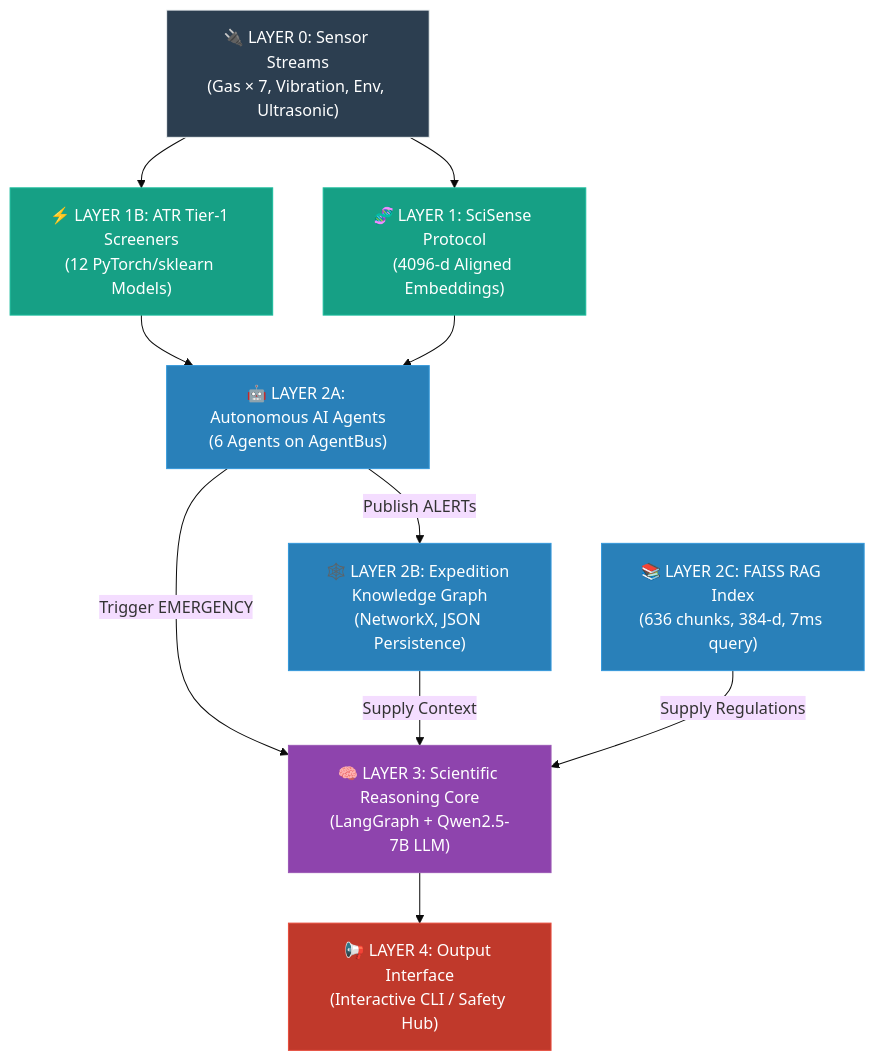
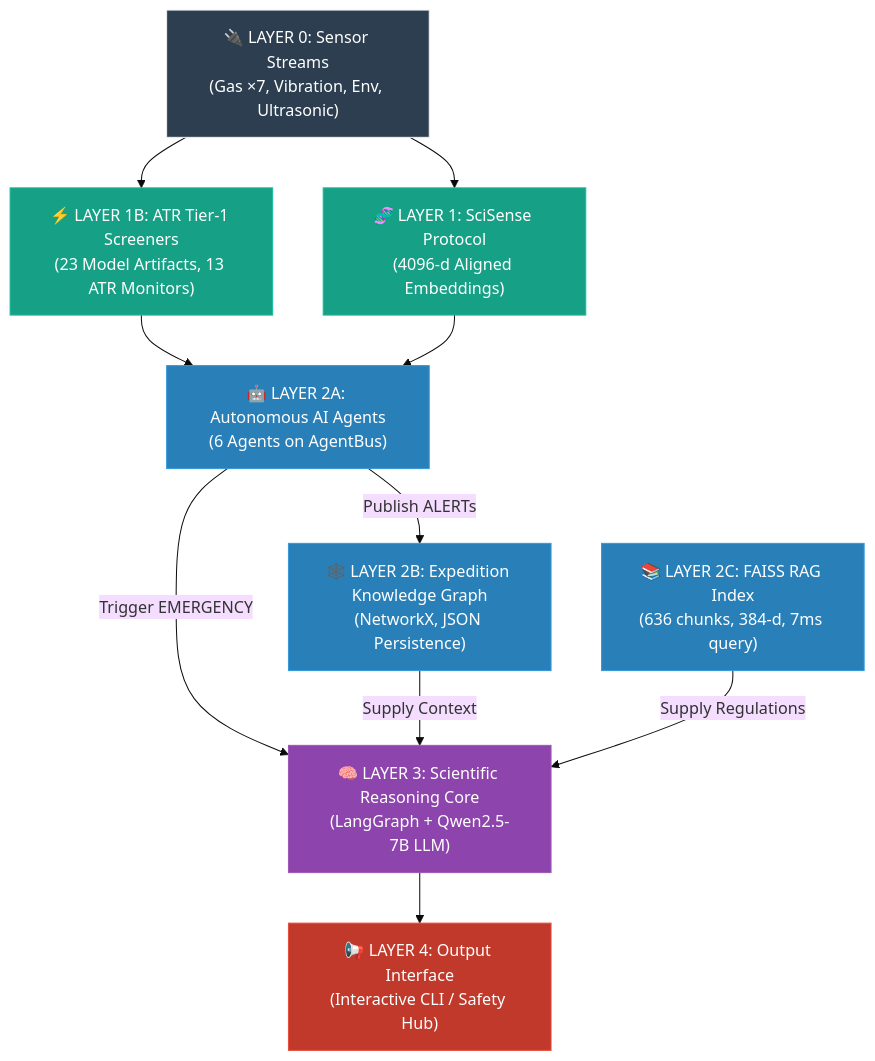
One commit to AlekhyaGangopadhyay/FIELD_MIND---NEW changed the diagram in docs/FIELDMIND_Comprehensive_Report.md. Above: the diagram before and after it, drawn with Mermaid (base theme). The commit also changed other lines of this file and 3 other files, not shown here.

Commit message:
feat: add corrected gas sensor datasets, implement safety/orchestration modules, and document model management strategy.

````diff
--- a/docs/FIELDMIND_Comprehensive_Report.md
+++ b/docs/FIELDMIND_Comprehensive_Report.md
@@ -76,35 +87,34 @@
 ```mermaid
 graph TD
     classDef layer0 fill:#2c3e50,stroke:#ecf0f1,color:#fff
     classDef layer1 fill:#16a085,stroke:#1abc9c,color:#fff
     classDef layer2 fill:#2980b9,stroke:#3498db,color:#fff
     classDef layer3 fill:#8e44ad,stroke:#9b59b6,color:#fff
-    classDef layer4 fill:#d35400,stroke:#e67e22,color:#fff
     classDef layer5 fill:#c0392b,stroke:#e74c3c,color:#fff
 
-    S["🔌 LAYER 0: Sensor Streams<br>(Gas × 7, Vibration, Env, Ultrasonic)"]
+    S["🔌 LAYER 0: Sensor Streams<br>(Gas ×7, Vibration, Env, Ultrasonic)"]
     SC["🧬 LAYER 1: SciSense Protocol<br>(4096-d Aligned Embeddings)"]
-    ML["⚡ LAYER 1B: ATR Tier-1 Screeners<br>(12 PyTorch/sklearn Models)"]
+    ML["⚡ LAYER 1B: ATR Tier-1 Screeners<br>(23 Model Artifacts, 13 ATR Monitors)"]
     AG["🤖 LAYER 2A: Autonomous AI Agents<br>(6 Agents on AgentBus)"]
     EKG["🕸️ LAYER 2B: Expedition Knowledge Graph<br>(NetworkX, JSON Persistence)"]
     RAG["📚 LAYER 2C: FAISS RAG Index<br>(636 chunks, 384-d, 7ms query)"]
     RC["🧠 LAYER 3: Scientific Reasoning Core<br>(LangGraph + Qwen2.5-7B LLM)"]
     OUT["📢 LAYER 4: Output Interface<br>(Interactive CLI / Safety Hub)"]
 
     S --> SC
     S --> ML
     ML --> AG
     SC --> AG
     AG -->|"Publish ALERTs"| EKG
     AG -->|"Trigger EMERGENCY"| RC
     EKG -->|"Supply Context"| RC
     RAG -->|"Supply Regulations"| RC
     RC --> OUT
 
     class S layer0
     class SC,ML layer1
     class AG layer2
     class EKG,RAG layer2
     class RC layer3
     class OUT layer5
 ```
````
